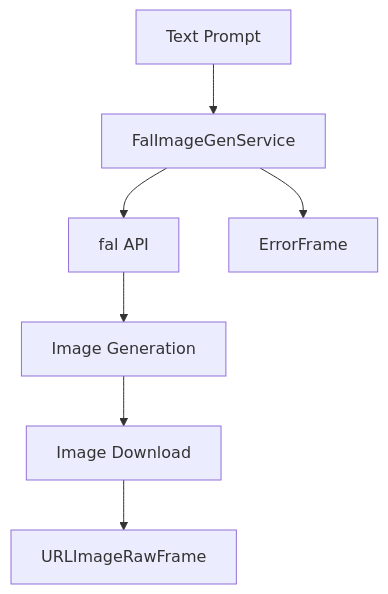
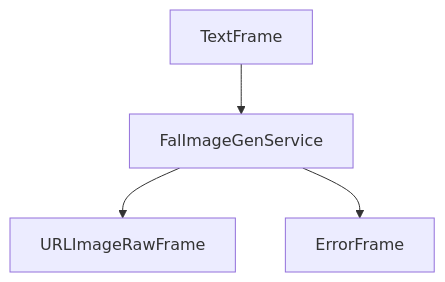
One commit to pipecat-ai/docs changed the diagram in api-reference/services/image-generation/fal.mdx. Above: the diagram before and after it, drawn with Mermaid. The commit also changed 25 other files, not shown here.

Commit message:
Clean up Frame Flow diagrams

````diff
--- a/api-reference/services/image-generation/fal.mdx
+++ b/api-reference/services/image-generation/fal.mdx
@@ -126,9 +126,6 @@
 ```mermaid
 graph TD
-    A[Text Prompt] --> B[FalImageGenService]
-    B --> C[fal API]
-    C --> D[Image Generation]
-    D --> E[Image Download]
-    E --> F[URLImageRawFrame]
-    B --> G[ErrorFrame]
+    A[TextFrame] --> B[FalImageGenService]
+    B --> C[URLImageRawFrame]
+    B --> D[ErrorFrame]
 ```
````
